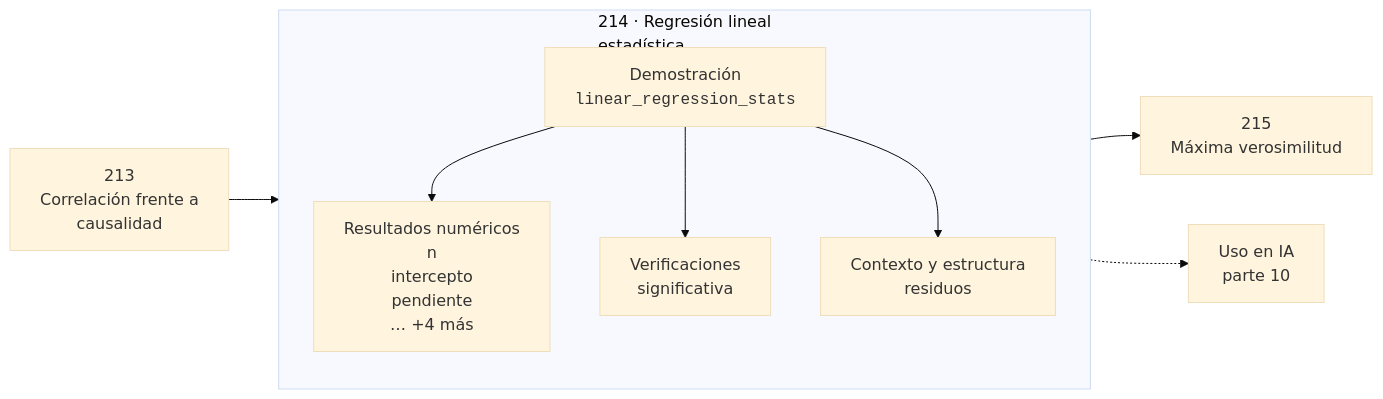
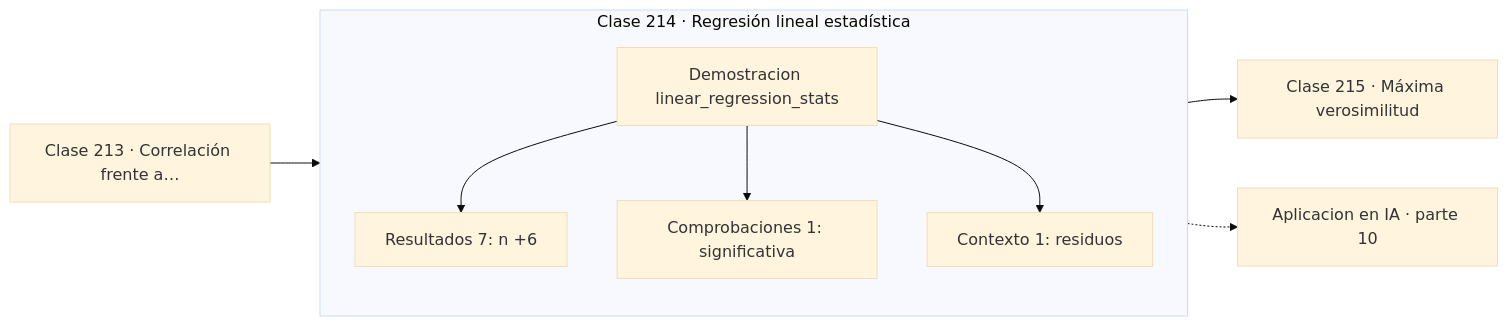
Before and after one commit to vladimiracunadev-create/computational-mathematics-program: the diagram in classes/part-10-estadistica-e-inferencia/214-regresion-lineal-estadistica/README.md, drawn with Mermaid (base theme). The commit also changed 389 other files, not shown here.

First line of the commit message:
fix(diagramas): elimina el HTML de las etiquetas Mermaid

````diff
--- a/classes/part-10-estadistica-e-inferencia/214-regresion-lineal-estadistica/README.md
+++ b/classes/part-10-estadistica-e-inferencia/214-regresion-lineal-estadistica/README.md
@@ -30,12 +30,13 @@
 ```mermaid
 flowchart LR
-    P["213<br/>Correlación frente a<br/>causalidad"] --> C
-    subgraph C["214 · Regresión lineal<br/>estadística"]
+    P["Clase 213 · Correlación frente a…"] --> D
+    subgraph CLASE["Clase 214 · Regresión lineal estadística"]
         direction TB
-        D["Demostración<br/><code>linear_regression_stats</code>"] --> R["Resultados numéricos<br/>n<br/>intercepto<br/>pendiente<br/>… +4 más"]
-        D --> V["Verificaciones<br/>significativa"]
-        D --> O["Contexto y estructura<br/>residuos"]
+        D["Demostracion linear_regression_stats"]
+        D --> R["Resultados 7: n +6"]
+        D --> V["Comprobaciones 1: significativa"]
+        D --> O["Contexto 1: residuos"]
     end
-    C --> N["215<br/>Máxima verosimilitud"]
-    C -.-> IA["Uso en IA<br/>parte 10"]
+    R --> N["Clase 215 · Máxima verosimilitud"]
+    V -.-> IA["Aplicacion en IA · parte 10"]
 ```
````
